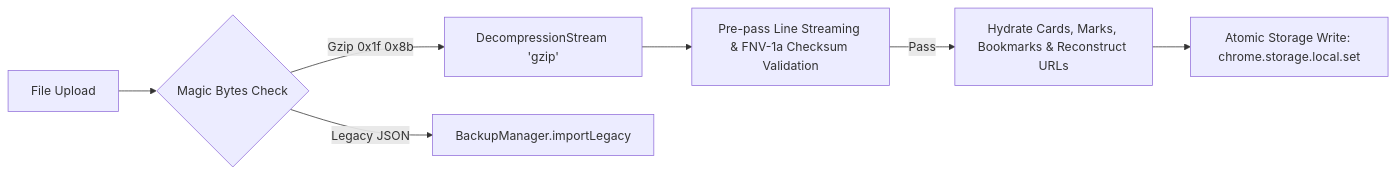
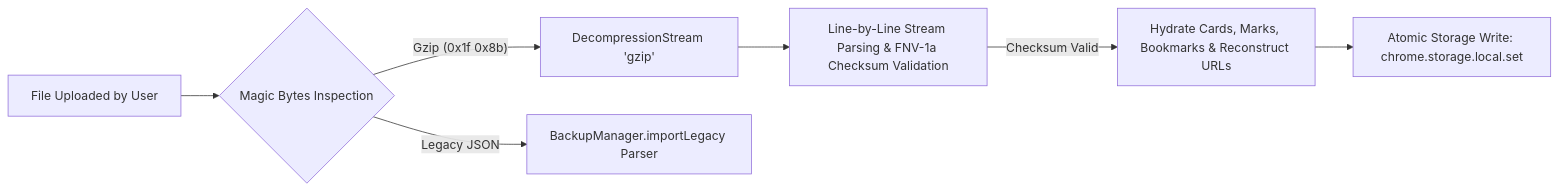
One commit to sdeanmol/algomonster-fsrs-extension changed the fifth of 6 diagrams in docs/architecture/data-flow.md. Above: the diagram before and after it, drawn with Mermaid. The commit also changed other lines of this file and 4 other files, not shown here.

Commit message:
docs: update architecture and feature documentation files

````diff
--- a/docs/architecture/data-flow.md
+++ b/docs/architecture/data-flow.md
@@ -82,9 +106,9 @@
 ```mermaid
 flowchart LR
-    A[File Upload] --> B{Magic Bytes Check}
-    B -- Gzip 0x1f 0x8b --> C[DecompressionStream 'gzip']
-    B -- Legacy JSON --> D[BackupManager.importLegacy]
-    C --> E[Pre-pass Line Streaming & FNV-1a Checksum Validation]
-    E -- Pass --> F[Hydrate Cards, Marks, Bookmarks & Reconstruct URLs]
+    A[File Uploaded by User] --> B{Magic Bytes Inspection}
+    B -- "Gzip (0x1f 0x8b)" --> C[DecompressionStream 'gzip']
+    B -- "Legacy JSON" --> D[BackupManager.importLegacy Parser]
+    C --> E[Line-by-Line Stream Parsing & FNV-1a Checksum Validation]
+    E -- "Checksum Valid" --> F[Hydrate Cards, Marks, Bookmarks & Reconstruct URLs]
     F --> G[Atomic Storage Write: chrome.storage.local.set]
 ```
````
